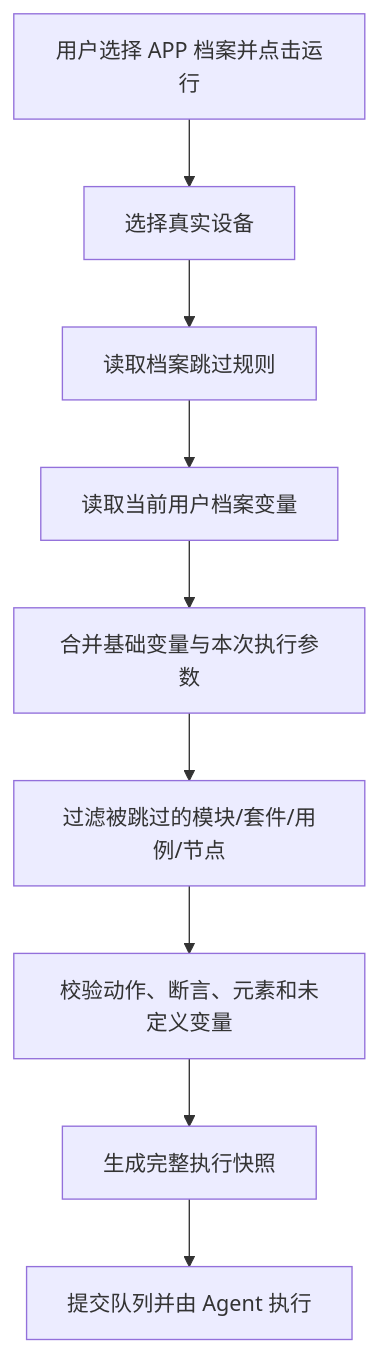
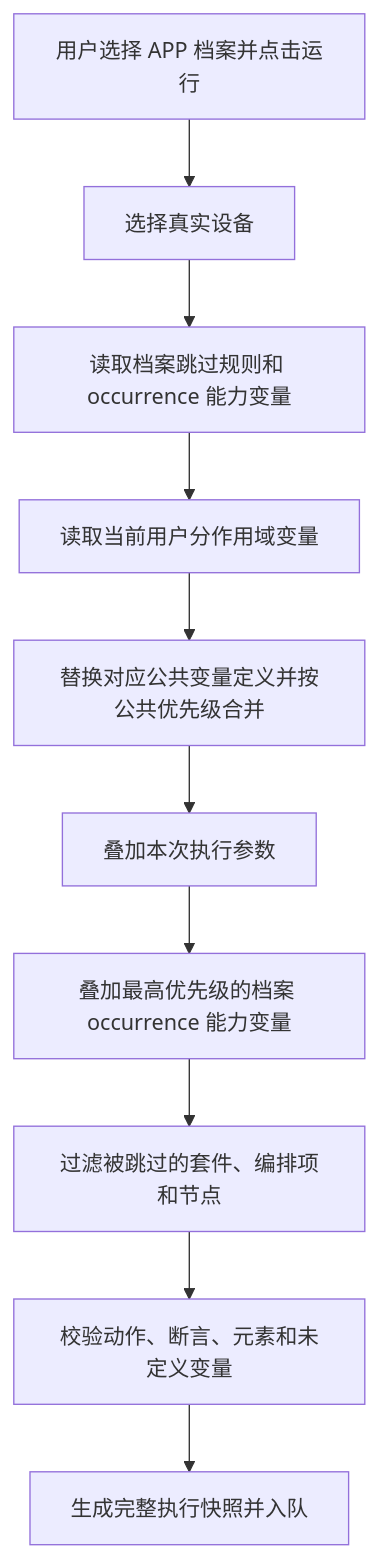
Before and after one commit to stones-debug/app_auto_test: the diagram in docs/APP档案跳过与用户变量配置设计方案.md, drawn with Mermaid. The commit also changed other lines of this file and 1 other file, not shown here.

````diff
--- a/docs/APP档案跳过与用户变量配置设计方案.md
+++ b/docs/APP档案跳过与用户变量配置设计方案.md
@@ -359,11 +426,12 @@
 ```mermaid
 flowchart TD
     A[用户选择 APP 档案并点击运行] --> B[选择真实设备]
-    B --> C[读取档案跳过规则]
-    C --> D[读取当前用户档案变量]
-    D --> E[合并基础变量与本次执行参数]
-    E --> F[过滤被跳过的模块/套件/用例/节点]
-    F --> G[校验动作、断言、元素和未定义变量]
-    G --> H[生成完整执行快照]
-    H --> I[提交队列并由 Agent 执行]
+    B --> C[读取档案跳过规则和 occurrence 能力变量]
+    C --> D[读取当前用户分作用域变量]
+    D --> E[替换对应公共变量定义并按公共优先级合并]
+    E --> F[叠加本次执行参数]
+    F --> G[叠加最高优先级的档案 occurrence 能力变量]
+    G --> H[过滤被跳过的套件、编排项和节点]
+    H --> I[校验动作、断言、元素和未定义变量]
+    I --> J[生成完整执行快照并入队]
 ```
````
